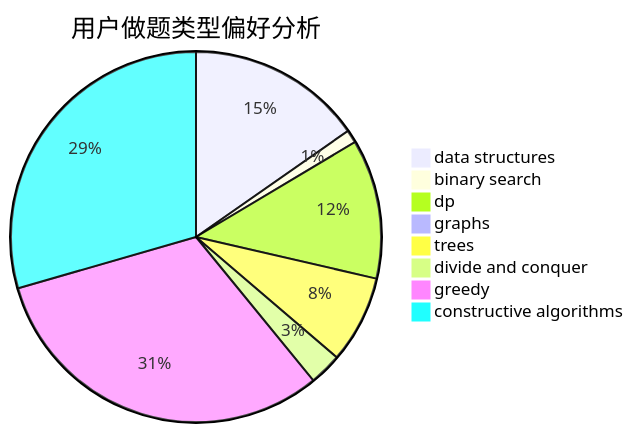
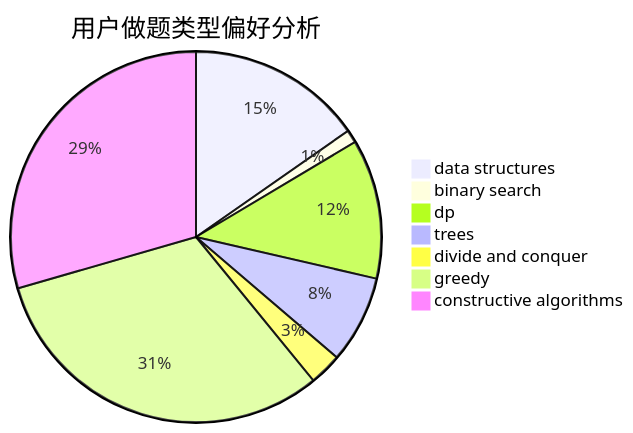
Before and after one commit to sherpahu/cfrs.github.io: the second of 3 diagrams in docs/user/u2494.md, drawn with Mermaid. The commit also changed other lines of this file and 2770 other files, not shown here.

````diff
--- a/docs/user/u2494.md
+++ b/docs/user/u2494.md
@@ -18,11 +17,10 @@
 ```mermaid
 pie title 用户做题类型偏好分析
     "data structures" :  54
     "binary search" :  4
     "dp" :  43
-    "graphs" :  0
     "trees" :  27
     "divide and conquer" :  10
     "greedy" :  111
     "constructive algorithms" :  104
 ```
````
